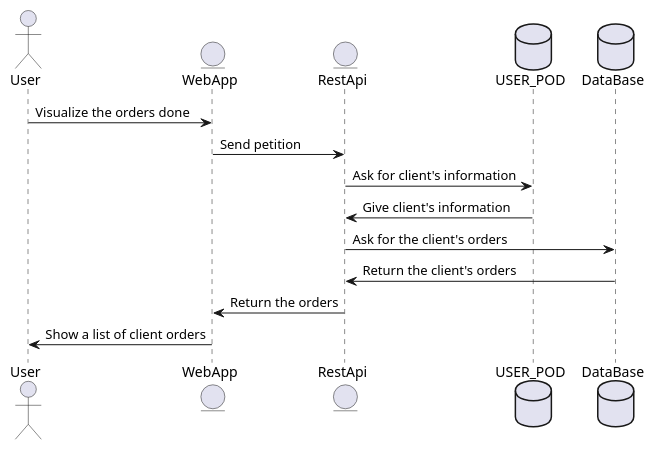
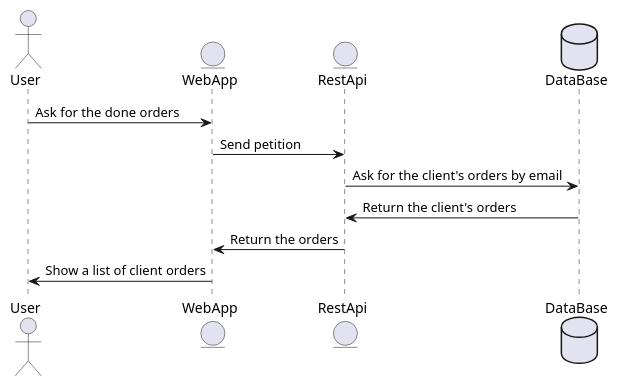
One commit to Arquisoft/dede_es3c changed the fourth of 10 diagrams in docs/06_runtime_view.adoc. Above: the diagram before and after it, drawn with PlantUML. The commit also changed other lines of this file, not shown here.

Commit message:
Diagramas de secuencia actualizados

```diff
--- a/docs/06_runtime_view.adoc
+++ b/docs/06_runtime_view.adoc
@@ -66,18 +63,15 @@
 [plantuml,"VisualizeOrdersDone",png]
 ----
 @startuml
 actor User
 entity WebApp
 entity RestApi
-database USER_POD
 database DataBase
-User -> WebApp: Visualize the orders done
+User -> WebApp: Ask for the done orders
 WebApp -> RestApi: Send petition
-RestApi -> USER_POD: Ask for client's information
-USER_POD -> RestApi: Give client's information
-RestApi -> DataBase: Ask for the client's orders
+RestApi -> DataBase: Ask for the client's orders by email
 DataBase -> RestApi: Return the client's orders
 RestApi -> WebApp: Return the orders
 WebApp -> User: Show a list of client orders
 @enduml
 ----
```
